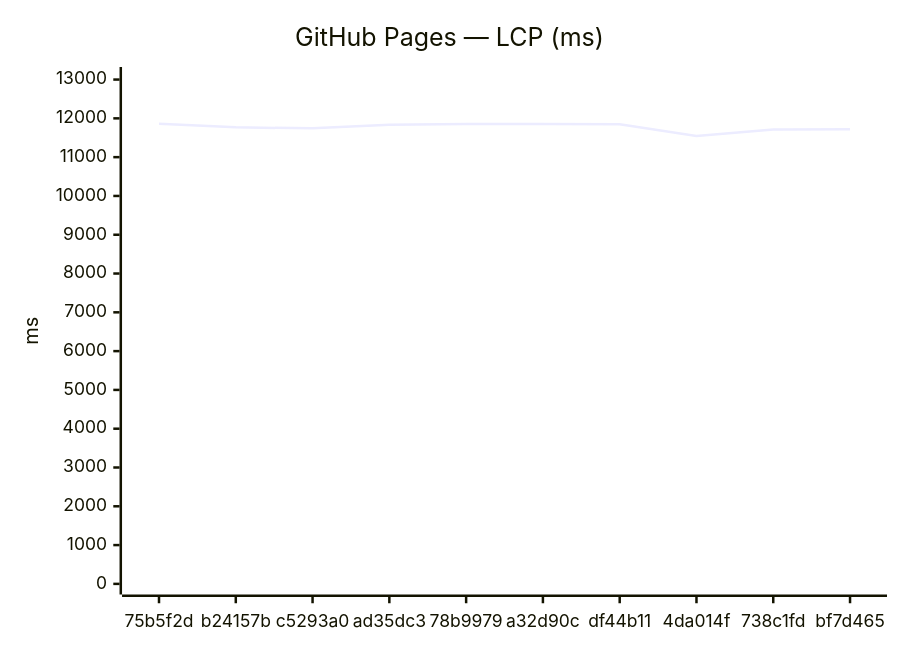
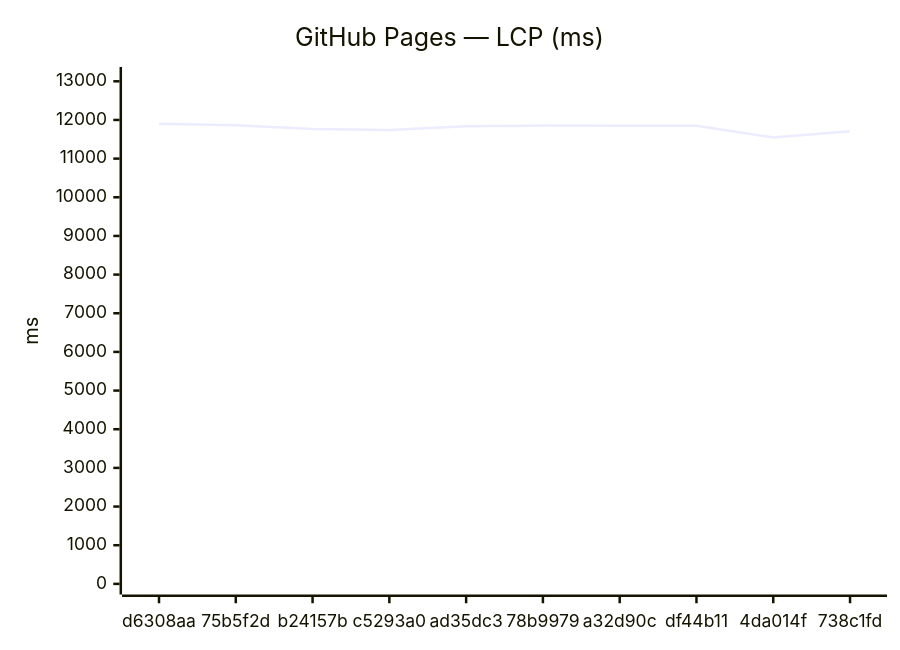
Before and after one commit to Metaheurist/Rianell: the third of 24 diagrams in benchmarks/compare.md, drawn with Mermaid. The commit also changed other lines of this file and 14 other files, not shown here.

````diff
--- a/benchmarks/compare.md
+++ b/benchmarks/compare.md
@@ -54,7 +54,7 @@
 ```mermaid
 xychart-beta
     title "GitHub Pages — LCP (ms)"
-    x-axis ["75b5f2d", "b24157b", "c5293a0", "ad35dc3", "78b9979", "a32d90c", "df44b11", "4da014f", "738c1fd", "bf7d465"]
-    y-axis "ms" 0 --> 13050
-    line [11863, 11768, 11742, 11838, 11855, 11852, 11847, 11548, 11710, 11718]
+    x-axis ["d6308aa", "75b5f2d", "b24157b", "c5293a0", "ad35dc3", "78b9979", "a32d90c", "df44b11", "4da014f", "738c1fd"]
+    y-axis "ms" 0 --> 13095
+    line [11904, 11863, 11768, 11742, 11838, 11855, 11852, 11847, 11548, 11710]
 ```
````
